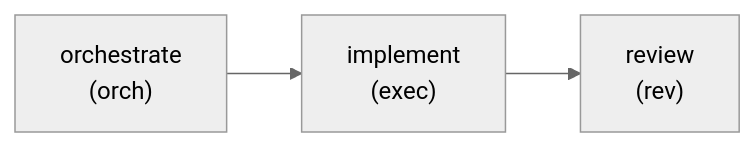
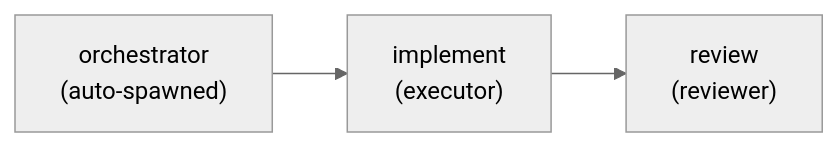
Before and after one commit to chika5105/raxis: the first of 2 diagrams in raxis/raxis-concepts/10-v2-orchestration.md, drawn with Mermaid (neutral theme). The commit also changed other lines of this file and 276 other files, not shown here.

````diff
--- a/raxis/raxis-concepts/10-v2-orchestration.md
+++ b/raxis/raxis-concepts/10-v2-orchestration.md
@@ -71,9 +71,9 @@
 ```mermaid
 flowchart LR
-    Orchestrate["orchestrate<br/>(orch)"]
-    Implement["implement<br/>(exec)"]
-    Review["review<br/>(rev)"]
+    Orchestrate["orchestrator<br/>(auto-spawned)"]
+    Implement["implement<br/>(executor)"]
+    Review["review<br/>(reviewer)"]
 
     Orchestrate --> Implement
     Implement --> Review
 ```
````
